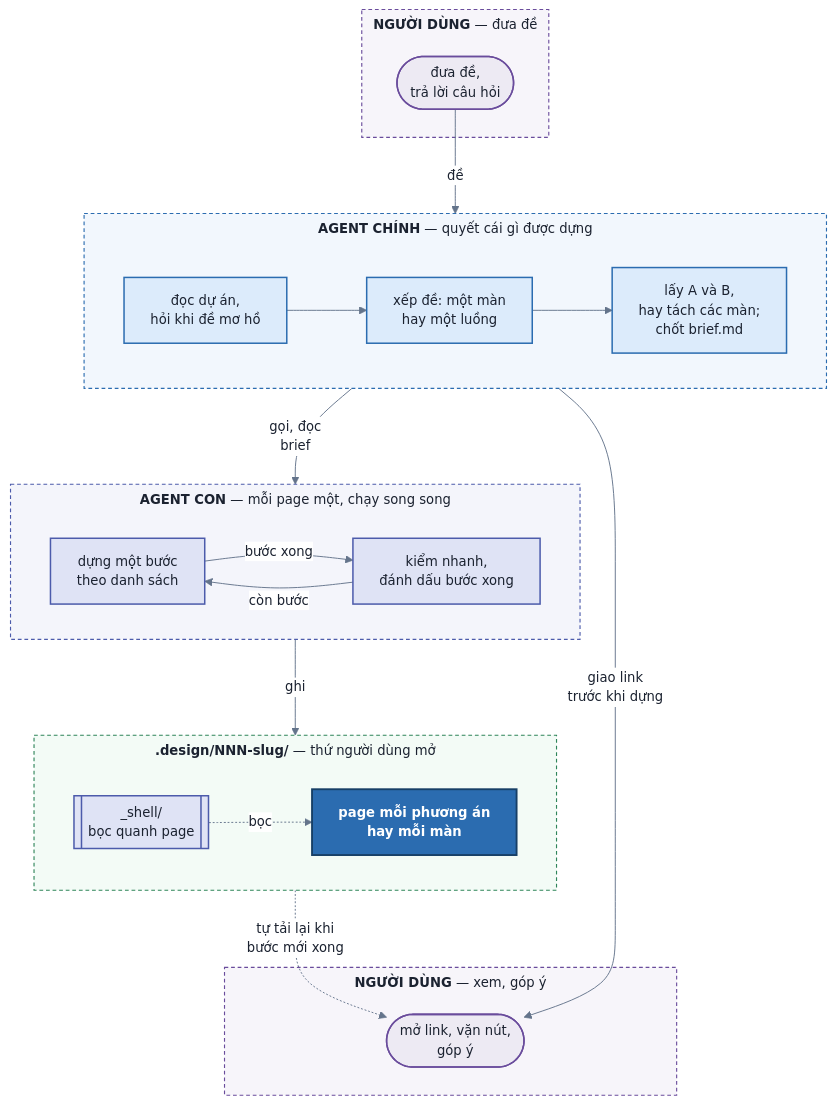
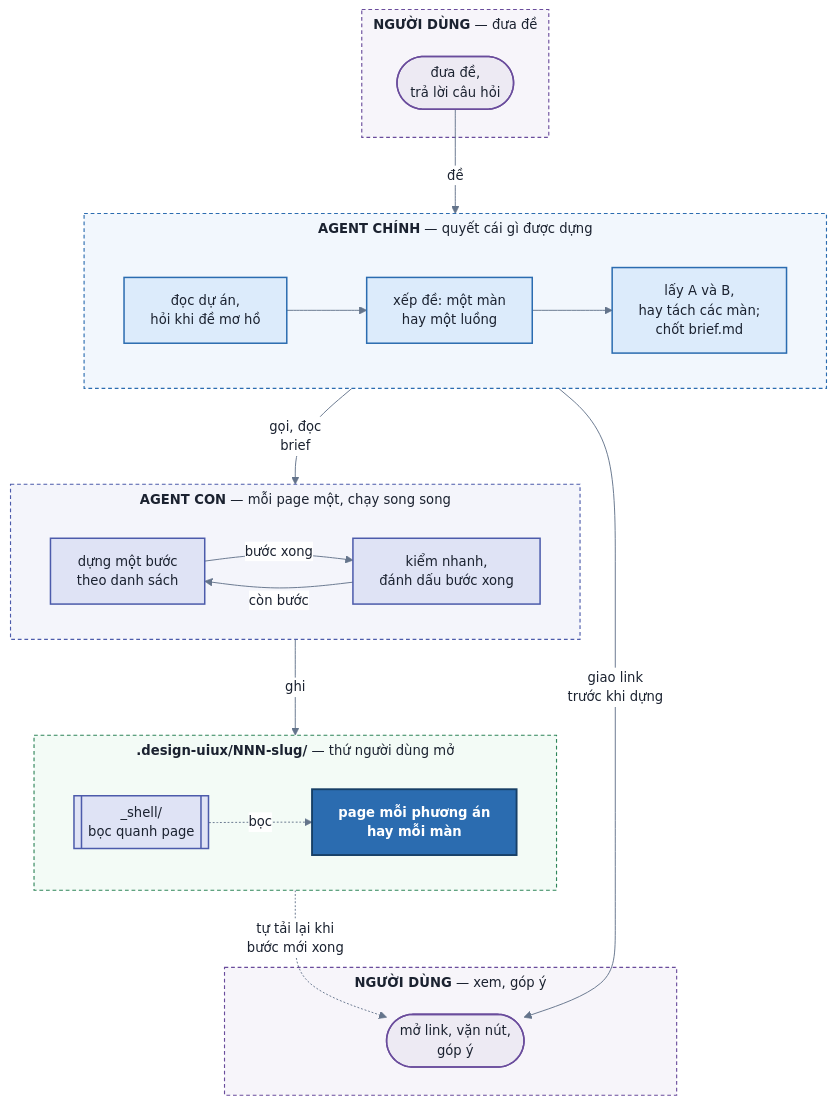
The third of 4 diagrams in skills/design-uiux/SPEC.md (namitfruits/skills), drawn with Mermaid before and after one commit. The commit also changed other lines of this file and 49 other files, not shown here.

First line of the commit message:
Đổi tên thư mục và skill: .design-uiux, .plans, .probes, .tests, brainstorm

````diff
--- a/skills/design-uiux/SPEC.md
+++ b/skills/design-uiux/SPEC.md
@@ -374,50 +374,50 @@
 ```mermaid
 %%{init: {'theme':'base','themeVariables':{'fontSize':'14px','titleColor':'#1b2230','textColor':'#1b2230','nodeTextColor':'#1b2230','lineColor':'#64748b','edgeLabelBackground':'#ffffff','clusterBkg':'#F7F8FA','clusterBorder':'#8a93a5'},'flowchart':{'curve':'basis','nodeSpacing':55,'rankSpacing':60,'padding':14,'subGraphTitleMargin':{'top':6,'bottom':14}}}}%%
 flowchart TB
   subgraph WHO["`**NGƯỜI DÙNG** — đưa đề`"]
     U1(["đưa đề,<br/>trả lời câu hỏi"])
   end
   subgraph MAIN["`**AGENT CHÍNH** — quyết cái gì được dựng`"]
     direction LR
     A1["đọc dự án,<br/>hỏi khi đề mơ hồ"]
     A2["xếp đề: một màn<br/>hay một luồng"]
     A3["lấy A và B,<br/>hay tách các màn;<br/>chốt brief.md"]
     A1 --> A2 --> A3
   end
   subgraph SUB["`**AGENT CON** — mỗi page một, chạy song song`"]
     direction LR
     C1["dựng một bước<br/>theo danh sách"]
     C2["kiểm nhanh,<br/>đánh dấu bước xong"]
     C1 -->|"bước xong"| C2
     C2 -->|"còn bước"| C1
   end
-  subgraph DIR["`**.design/NNN-slug/** — thứ người dùng mở`"]
+  subgraph DIR["`**.design-uiux/NNN-slug/** — thứ người dùng mở`"]
     direction LR
     S[["_shell/<br/>bọc quanh page"]]
     P["page mỗi phương án<br/>hay mỗi màn"]
     S -.->|"bọc"| P
   end
   subgraph VIEW["`**NGƯỜI DÙNG** — xem, góp ý`"]
     U2(["mở link, vặn nút,<br/>góp ý"])
   end
   U1 -->|"đề"| A1
   A3 -->|"gọi, đọc<br/>brief"| C1
   A3 -->|"giao link<br/>trước khi dựng"| U2
   C1 -->|"ghi"| P
   P -.->|"tự tải lại khi<br/>bước mới xong"| U2
   linkStyle default color:#1b2230
 
   classDef actor fill:#EDEAF3,stroke:#6a4c9c,stroke-width:1.6px,color:#1b2230
   classDef fe    fill:#DCEBFB,stroke:#2b6cb0,stroke-width:1.6px,color:#1b2230
   classDef svc   fill:#DFE3F5,stroke:#4c5bab,stroke-width:1.6px,color:#1b2230
   classDef core  fill:#2b6cb0,stroke:#173f66,stroke-width:2px,color:#ffffff,font-weight:bold
   class U1,U2 actor
   class A1,A2,A3 fe
   class C1,C2,S svc
   class P core
   style WHO fill:#F7F5FA,stroke:#6a4c9c,stroke-width:1.2px,stroke-dasharray: 4 3
   style MAIN fill:#F2F7FD,stroke:#2b6cb0,stroke-width:1.2px,stroke-dasharray: 4 3
   style SUB fill:#F4F5FB,stroke:#4c5bab,stroke-width:1.2px,stroke-dasharray: 4 3
   style DIR fill:#F3FBF6,stroke:#2f855a,stroke-width:1.2px,stroke-dasharray: 4 3
   style VIEW fill:#F7F5FA,stroke:#6a4c9c,stroke-width:1.2px,stroke-dasharray: 4 3
 ```
````
